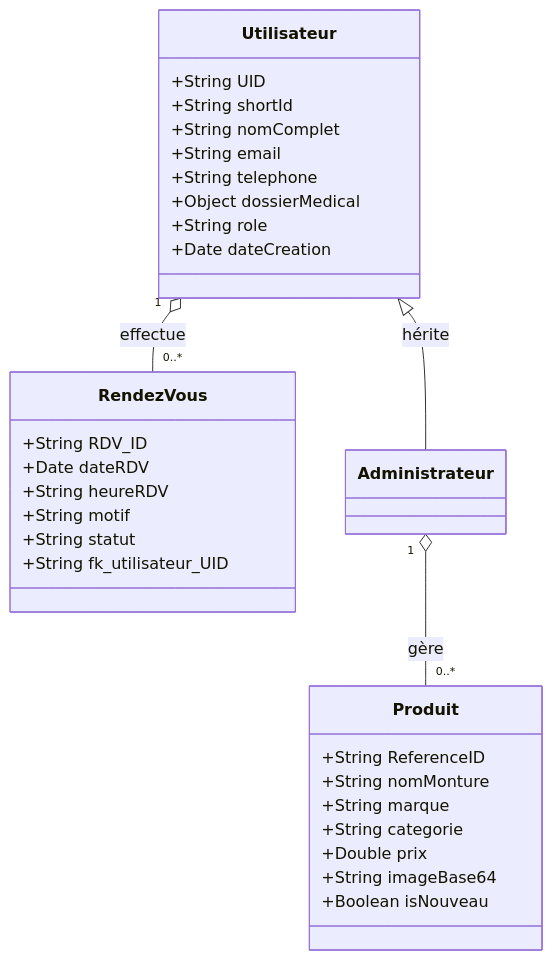
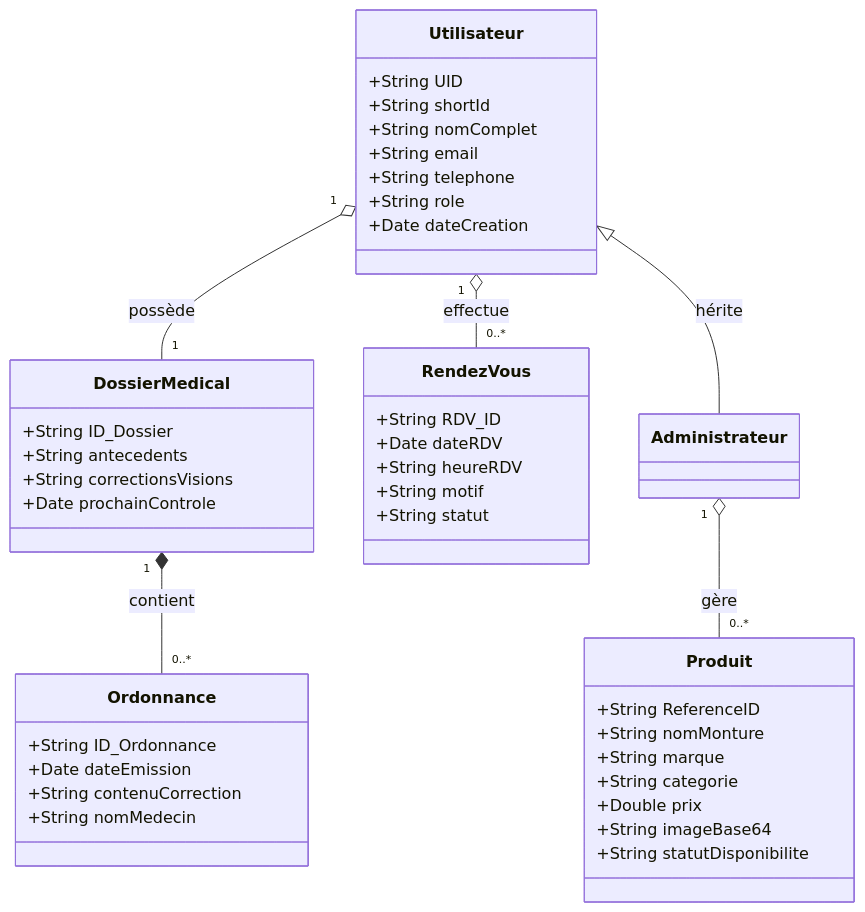
One commit to Midousy92/Barham_Optic changed the fourth of 6 diagrams in Memoire_Complet_Barham_Optic.md. Above: the diagram before and after it, drawn with Mermaid. The commit also changed other lines of this file and 10 other files, not shown here.

````diff
--- a/Memoire_Complet_Barham_Optic.md
+++ b/Memoire_Complet_Barham_Optic.md
@@ -268,36 +273,50 @@
 ```mermaid
 classDiagram
     class Utilisateur {
         +String UID
         +String shortId
         +String nomComplet
         +String email
         +String telephone
-        +Object dossierMedical
         +String role
         +Date dateCreation
+    }
+    
+    class DossierMedical {
+        +String ID_Dossier
+        +String antecedents
+        +String correctionsVisions
+        +Date prochainControle
+    }
+
+    class Ordonnance {
+        +String ID_Ordonnance
+        +Date dateEmission
+        +String contenuCorrection
+        +String nomMedecin
     }
     
     class Produit {
         +String ReferenceID
         +String nomMonture
         +String marque
         +String categorie
         +Double prix
         +String imageBase64
-        +Boolean isNouveau
+        +String statutDisponibilite
     }
     
     class RendezVous {
         +String RDV_ID
         +Date dateRDV
         +String heureRDV
         +String motif
         +String statut
-        +String fk_utilisateur_UID
     }
 
-    Utilisateur "1" o--  "0..*" RendezVous : effectue
+    Utilisateur "1" o-- "1" DossierMedical : possède
+    DossierMedical "1" *-- "0..*" Ordonnance : contient
+    Utilisateur "1" o-- "0..*" RendezVous : effectue
     Administrateur "1" o-- "0..*" Produit : gère
     Utilisateur <|-- Administrateur : hérite
 ```
````
